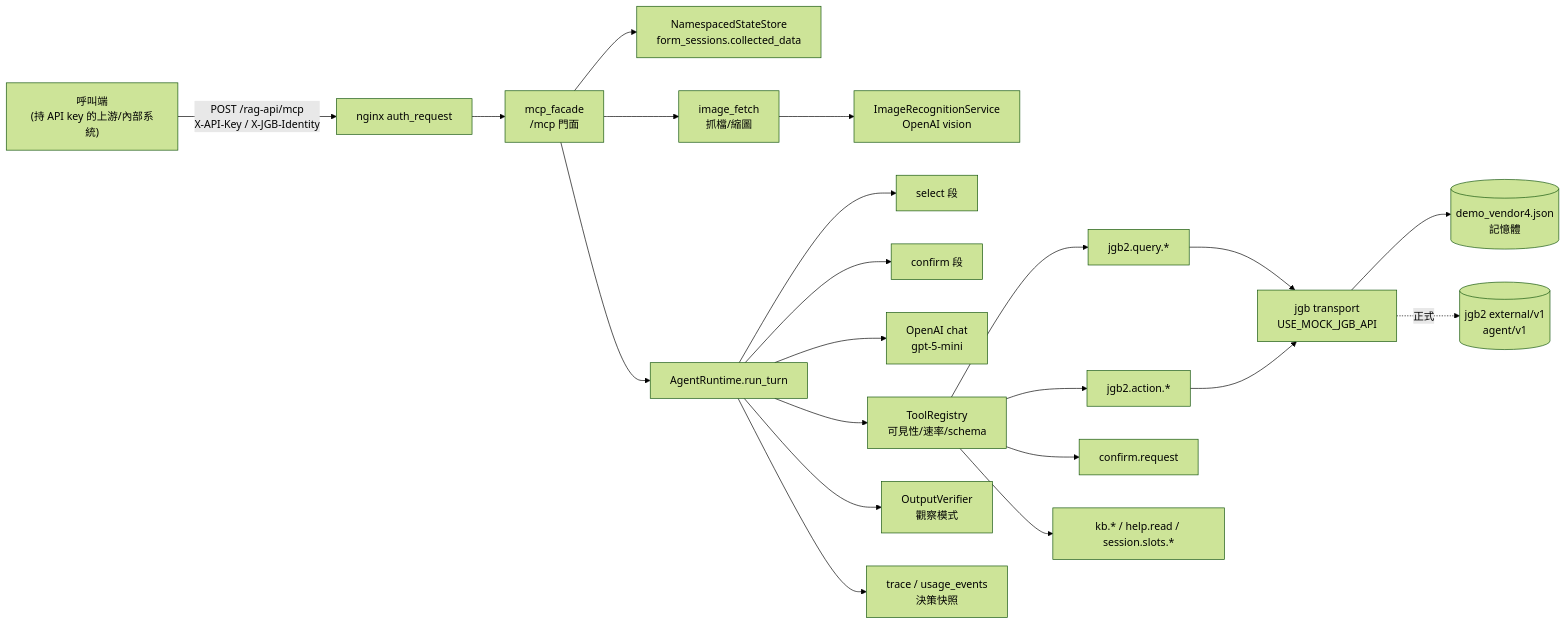
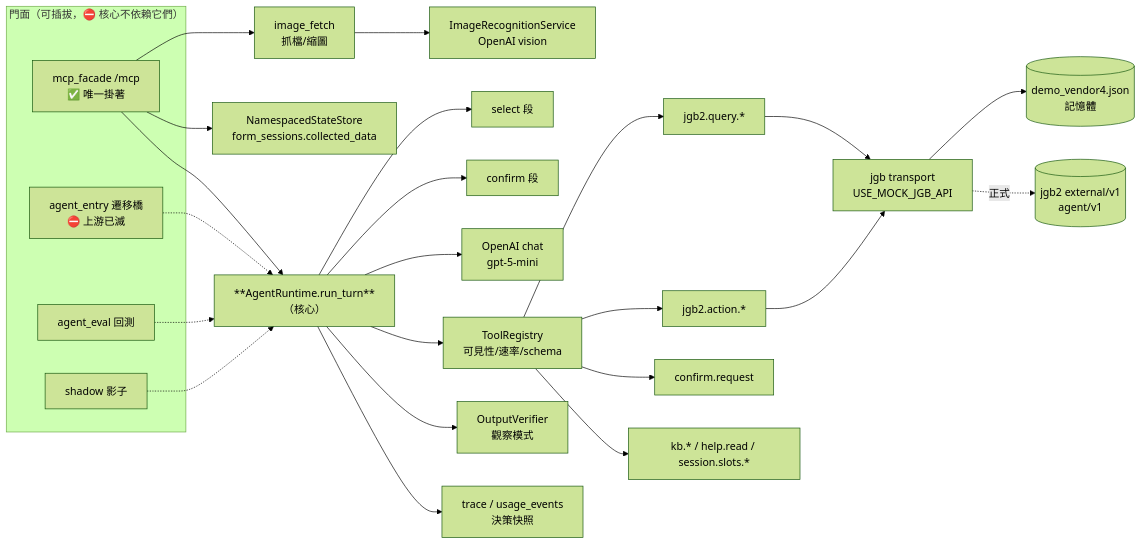
Before and after one commit to JGBlenny/AIChatbot: the first of 3 diagrams in docs/architecture/AGENTIC_MCP_ARCHITECTURE.md, drawn with Mermaid (forest theme). The commit also changed other lines of this file and 7 other files, not shown here.

First line of the commit message:
docs: 方向更正——核心是 AgentRuntime，/mcp 與 agent_entry 都不是脊椎

````diff
--- a/docs/architecture/AGENTIC_MCP_ARCHITECTURE.md
+++ b/docs/architecture/AGENTIC_MCP_ARCHITECTURE.md
@@ -13,23 +32,30 @@
 ```mermaid
 flowchart LR
-  LB["呼叫端<br/>(持 API key 的上游/內部系統)"] -- "POST /rag-api/mcp\nX-API-Key / X-JGB-Identity" --> NG[nginx auth_request]
-  NG --> F[mcp_facade\n/mcp 門面]
+  subgraph FACES["門面（可插拔，⛔ 核心不依賴它們）"]
+    F["mcp_facade /mcp\n✅ 唯一掛著"]
+    RE["agent_entry 遷移橋\n⛔ 上游已滅"]
+    EV["agent_eval 回測"]
+    SH["shadow 影子"]
+  end
+  F --> RT
+  RE -.-> RT
+  EV -.-> RT
+  SH -.-> RT
   F --> ST[NamespacedStateStore\nform_sessions.collected_data]
   F --> IM[image_fetch\n抓檔/縮圖]
   IM --> VS[ImageRecognitionService\nOpenAI vision]
-  F --> RT[AgentRuntime.run_turn]
-  RT --> SEL[select 段]
+  RT["**AgentRuntime.run_turn**\n（核心）"] --> SEL[select 段]
   RT --> CF[confirm 段]
   RT --> LLM[OpenAI chat\ngpt-5-mini]
   RT --> REG[ToolRegistry\n可見性/速率/schema]
   REG --> Q[jgb2.query.*]
   REG --> A[jgb2.action.*]
   REG --> C[confirm.request]
   REG --> K[kb.* / help.read / session.slots.*]
   Q --> TR[jgb transport\nUSE_MOCK_JGB_API]
   A --> TR
   TR --> MOCK[(demo_vendor4.json\n記憶體)]
   TR -. 正式 .-> JGB[(jgb2 external/v1\nagent/v1)]
   RT --> VF[OutputVerifier\n觀察模式]
   RT --> TRC[trace / usage_events\n決策快照]
 ```
````
